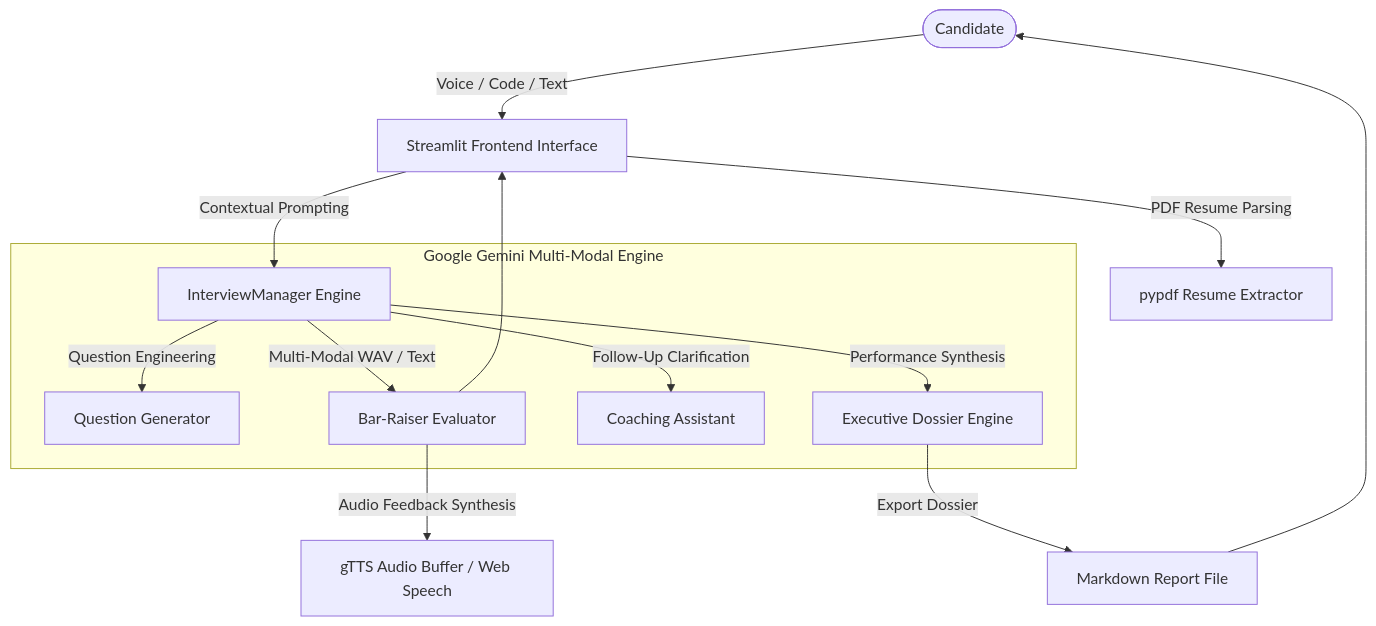
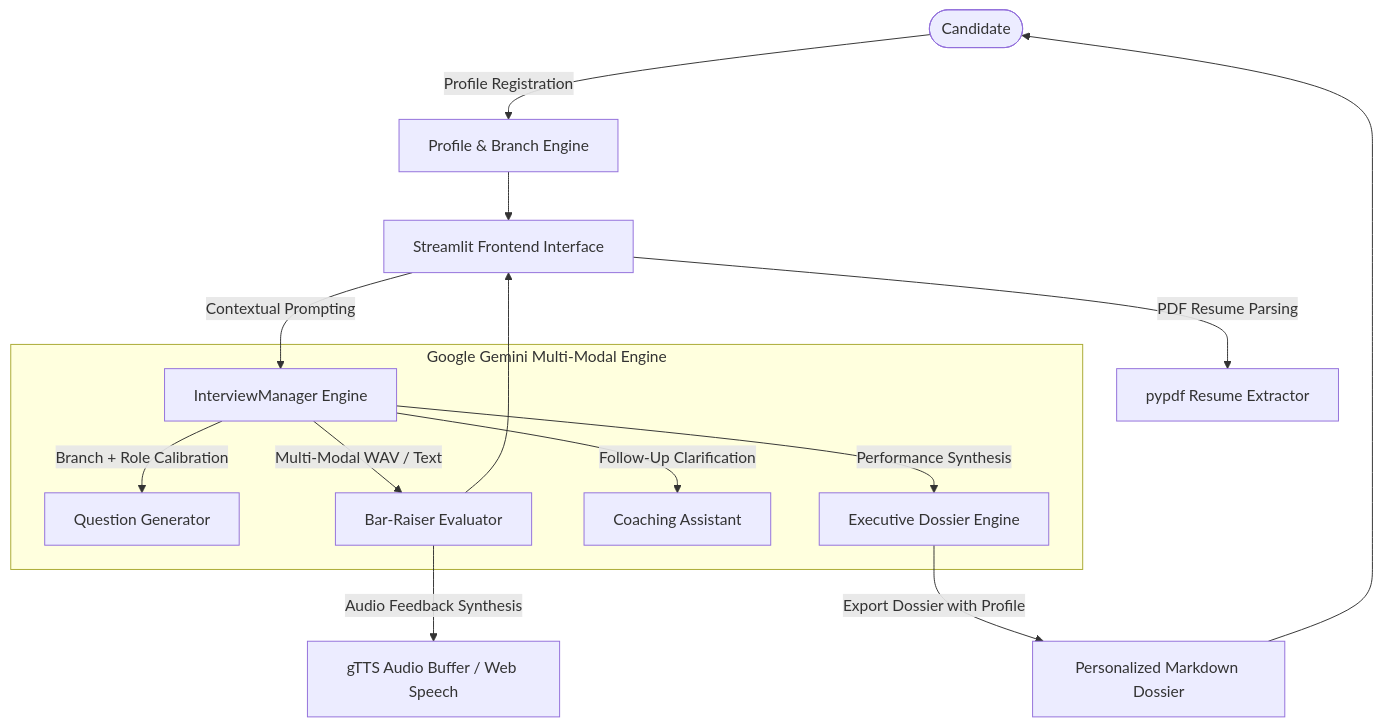
Before and after one commit to pijush-pakrashi/AI-Mock-Interviewer-App: the diagram in README.md, drawn with Mermaid. The commit also changed other lines of this file and 2 other files, not shown here.

Commit message:
feat: add candidate profile onboarding and branch-adaptive mock interview system

````diff
--- a/README.md
+++ b/README.md
@@ -44,18 +60,19 @@
 ```mermaid
 flowchart TD
-    User([Candidate]) -->|Voice / Code / Text| UI[Streamlit Frontend Interface]
+    User([Candidate]) -->|Profile Registration| Onboarding[Profile & Branch Engine]
+    Onboarding --> UI[Streamlit Frontend Interface]
     UI -->|PDF Resume Parsing| PDFEngine[pypdf Resume Extractor]
     UI -->|Contextual Prompting| Manager[InterviewManager Engine]
     
     subgraph AI Core [Google Gemini Multi-Modal Engine]
-        Manager -->|Question Engineering| GeminiQ[Question Generator]
+        Manager -->|Branch + Role Calibration| GeminiQ[Question Generator]
         Manager -->|Multi-Modal WAV / Text| GeminiEval[Bar-Raiser Evaluator]
         Manager -->|Follow-Up Clarification| GeminiChat[Coaching Assistant]
         Manager -->|Performance Synthesis| GeminiReport[Executive Dossier Engine]
     end
 
     GeminiEval --> UI
     GeminiEval -->|Audio Feedback Synthesis| TTS[gTTS Audio Buffer / Web Speech]
-    GeminiReport -->|Export Dossier| Export[Markdown Report File]
+    GeminiReport -->|Export Dossier with Profile| Export[Personalized Markdown Dossier]
     Export --> User
 ```
````
